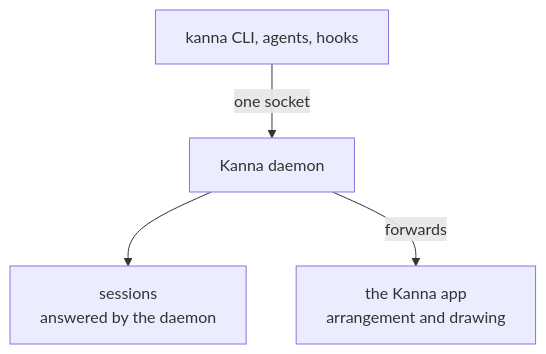
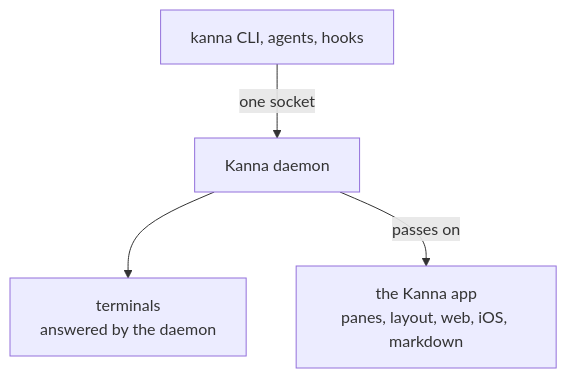
One commit to jemdiggity/kanna-v4 changed the fourth of 9 diagrams in docs/research/mux-architecture.md. Above: the diagram before and after it, drawn with Mermaid. The commit also changed other lines of this file, not shown here.

Commit message:
Mux architecture: only terminals live in the daemon; web, markdown and iOS are layout state

````diff
--- a/docs/research/mux-architecture.md
+++ b/docs/research/mux-architecture.md
@@ -233,10 +169,10 @@
 ```mermaid
 flowchart TB
     CLI["kanna CLI, agents, hooks"]
     D["Kanna daemon"]
-    S["sessions<br/>answered by the daemon"]
-    A["the Kanna app<br/>arrangement and drawing"]
+    T["terminals<br/>answered by the daemon"]
+    A["the Kanna app<br/>panes, layout, web, iOS, markdown"]
     CLI -->|"one socket"| D
-    D --> S
-    D -->|"forwards"| A
+    D --> T
+    D -->|"passes on"| A
 ```
````
